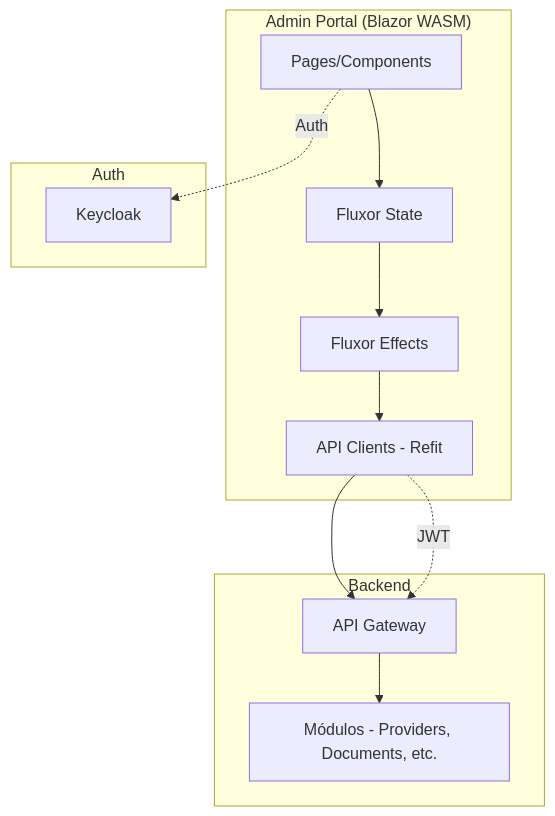
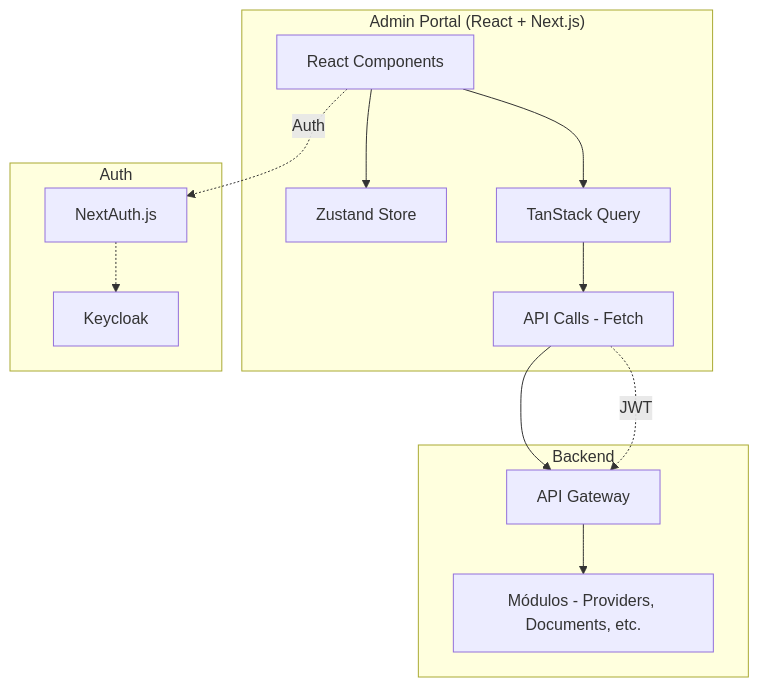
The diagram in docs/admin-portal/overview.md (frigini/MeAjudaAi), drawn with Mermaid before and after one commit. The commit also changed other lines of this file and 370 other files, not shown here.

````diff
--- a/docs/admin-portal/overview.md
+++ b/docs/admin-portal/overview.md
@@ -34,27 +35,29 @@
 ```mermaid
 graph TB
-    subgraph "Admin Portal (Blazor WASM)"
-        UI[Pages/Components]
-        State[Fluxor State]
-        Effects[Fluxor Effects]
-        API[API Clients - Refit]
+    subgraph "Admin Portal (React + Next.js)"
+        UI[React Components]
+        Store[Zustand Store]
+        Query[TanStack Query]
+        API[API Calls - Fetch]
     end
     
     subgraph "Backend"
         Gateway[API Gateway]
         Modules[Módulos - Providers, Documents, etc.]
     end
     
     subgraph "Auth"
         Keycloak[Keycloak]
+        NextAuth[NextAuth.js]
     end
     
-    UI --> State
-    State --> Effects
-    Effects --> API
+    UI --> Store
+    UI --> Query
+    Query --> API
     API --> Gateway
     Gateway --> Modules
     
-    UI -.Auth.-> Keycloak
+    UI -.Auth.-> NextAuth
+    NextAuth -.-> Keycloak
     API -.JWT.-> Gateway
 ```
````
